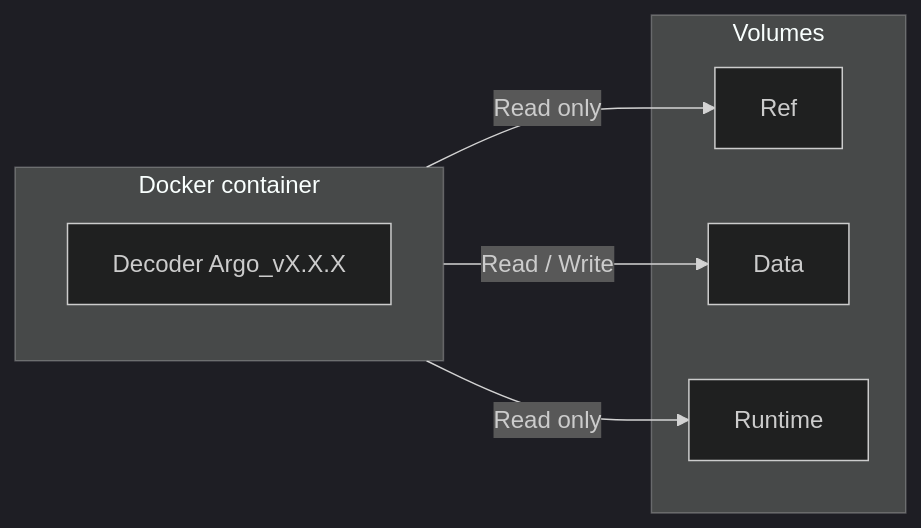
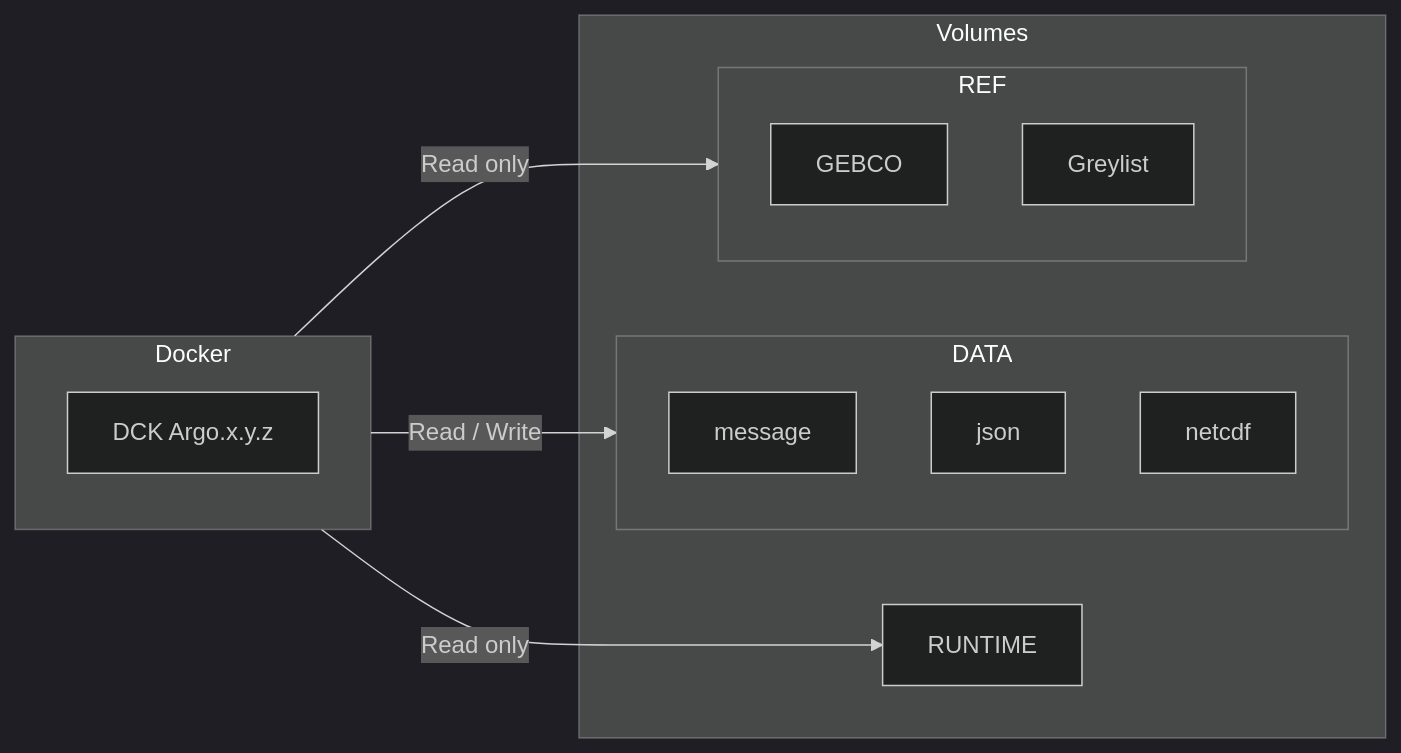
Before and after one commit to euroargodev/Coriolis-data-processing-chain-for-Argo-floats-demo: the diagram in README.md, drawn with Mermaid (dark theme). The commit also changed other lines of this file, not shown here.

````diff
--- a/README.md
+++ b/README.md
@@ -5,17 +5,24 @@
 ```mermaid
 graph LR
    
-      subgraph Docker[Docker container]
-            Argo-decoder[Decoder Argo_vX.X.X]
+      subgraph Docker[Docker]
+            Argo-decoder[DCK Argo.x.y.z]
       end
     
       subgraph Volumes[Volumes]
-            Ref[Ref]
-            Data[Data]
-            Runtime[Runtime]
+            subgraph Data[DATA]
+                  Message[message]
+                  Config[json]
+                  Output[netcdf]
+            end
+            Runtime[RUNTIME]
+            subgraph Ref[REF]
+                  Gebco[GEBCO]
+                  Greylist[Greylist]
+            end
       end
 
-      Docker -- Read only --> Ref
       Docker -- Read only --> Runtime
       Docker -- Read / Write --> Data
+      Docker -- Read only --> Ref
 ```
````
